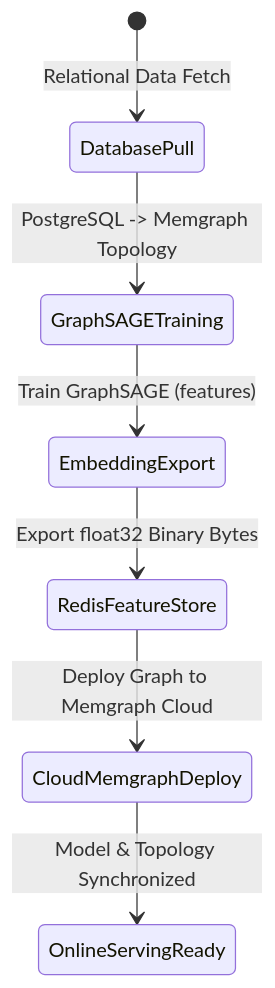
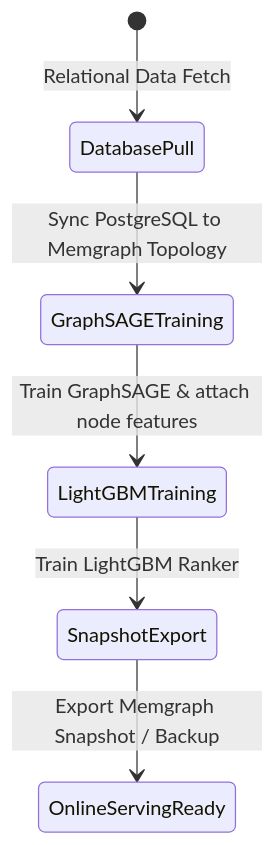
Before and after one commit to DuyNhat1705/AmeThyst-Library: the diagram in src/specs/032-deploy-ai-recommendation/data-model.md, drawn with Mermaid. The commit also changed other lines of this file and 11 other files, not shown here.

````diff
--- a/src/specs/032-deploy-ai-recommendation/data-model.md
+++ b/src/specs/032-deploy-ai-recommendation/data-model.md
@@ -46,9 +48,8 @@
 ```mermaid
 stateDiagram-v2
     [*] --> DatabasePull: Relational Data Fetch
-    DatabasePull --> GraphSAGETraining: PostgreSQL -> Memgraph Topology
-    GraphSAGETraining --> EmbeddingExport: Train GraphSAGE (features)
-    EmbeddingExport --> RedisFeatureStore: Export float32 Binary Bytes
-    RedisFeatureStore --> CloudMemgraphDeploy: Deploy Graph to Memgraph Cloud
-    CloudMemgraphDeploy --> OnlineServingReady: Model & Topology Synchronized
+    DatabasePull --> GraphSAGETraining: Sync PostgreSQL to Memgraph Topology
+    GraphSAGETraining --> LightGBMTraining: Train GraphSAGE & attach node features
+    LightGBMTraining --> SnapshotExport: Train LightGBM Ranker
+    SnapshotExport --> OnlineServingReady: Export Memgraph Snapshot / Backup
 ```
````
